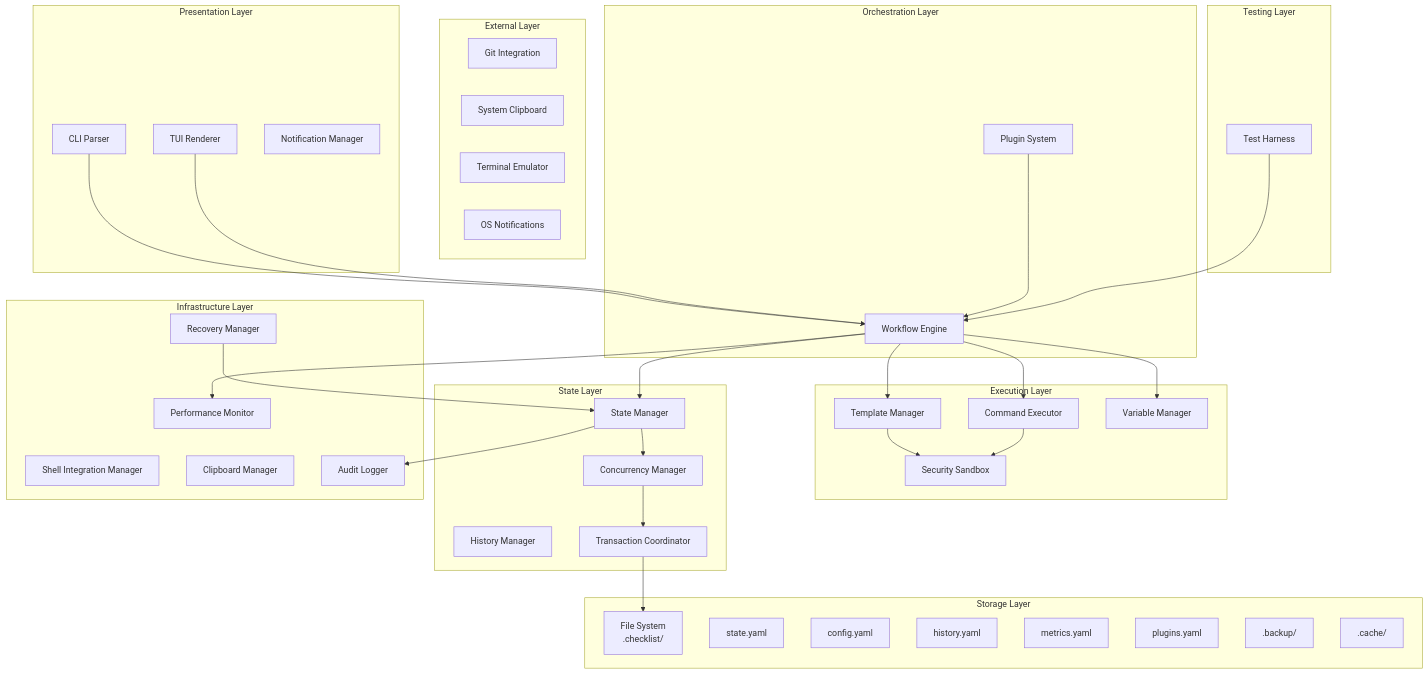
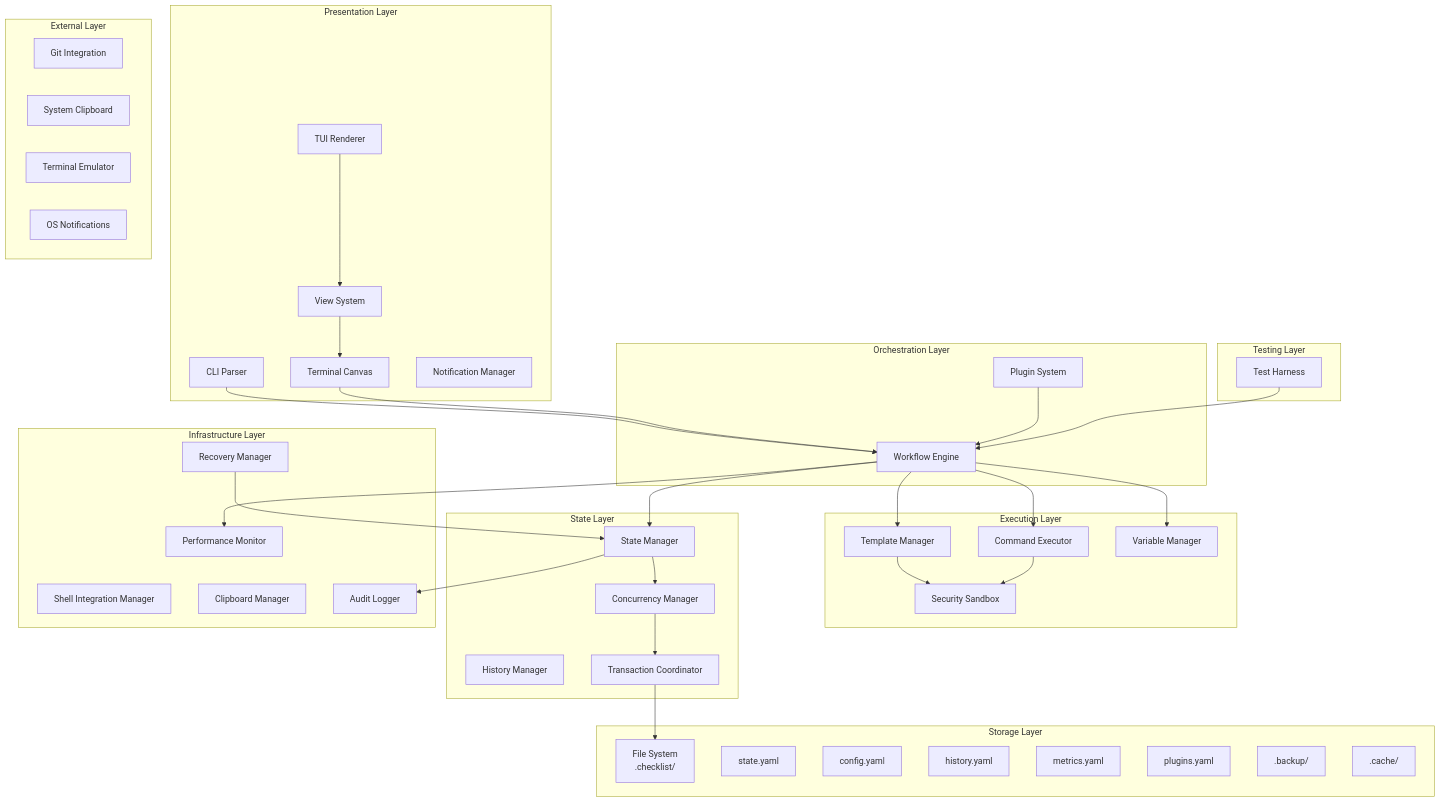
The diagram in docs/architecture/high-level-architecture.md (menoncello/checklist), drawn with Mermaid before and after one commit. The commit also changed 7 other files, not shown here.

First line of the commit message:
docs: update architecture documentation for Stories 1.8 and 1.9

````diff
--- a/docs/architecture/high-level-architecture.md
+++ b/docs/architecture/high-level-architecture.md
@@ -35,74 +35,78 @@
 ```mermaid
 graph TB
     subgraph "Presentation Layer"
         CLI[CLI Parser]
         TUI[TUI Renderer]
+        VS[View System]
+        TC[Terminal Canvas]
         NM[Notification Manager]
     end
 
     subgraph "Orchestration Layer"
         WE[Workflow Engine]
         PS[Plugin System]
     end
 
     subgraph "Execution Layer"
         TM[Template Manager]
         CE[Command Executor]
         VM[Variable Manager]
         SS[Security Sandbox]
     end
 
     subgraph "State Layer"
         SM[State Manager]
         HM[History Manager]
         CM[Concurrency Manager]
         TXN[Transaction Coordinator]
     end
 
     subgraph "Infrastructure Layer"
         RM[Recovery Manager]
         PM[Performance Monitor]
         SIM[Shell Integration Manager]
         CBM[Clipboard Manager]
         AUDIT[Audit Logger]
     end
 
     subgraph "Storage Layer"
         FS[File System<br/>.checklist/]
         STATE[state.yaml]
         CONFIG[config.yaml]
         HISTORY[history.yaml]
         METRICS[metrics.yaml]
         PLUGINS[plugins.yaml]
         BACKUP[.backup/]
         CACHE[.cache/]
     end
 
     subgraph "External Layer"
         GIT[Git Integration]
         CLIP[System Clipboard]
         TERM[Terminal Emulator]
         NOTIF[OS Notifications]
     end
 
     subgraph "Testing Layer"
         TH[Test Harness]
     end
 
     CLI --> WE
-    TUI --> WE
+    TUI --> VS
+    VS --> TC
+    TC --> WE
     WE --> TM
     WE --> CE
     WE --> VM
     WE --> SM
     TM --> SS
     CE --> SS
     SM --> CM
     CM --> TXN
     TXN --> FS
     WE --> PM
     SM --> AUDIT
     RM --> SM
     PS --> WE
     TH --> WE
 ```
````
